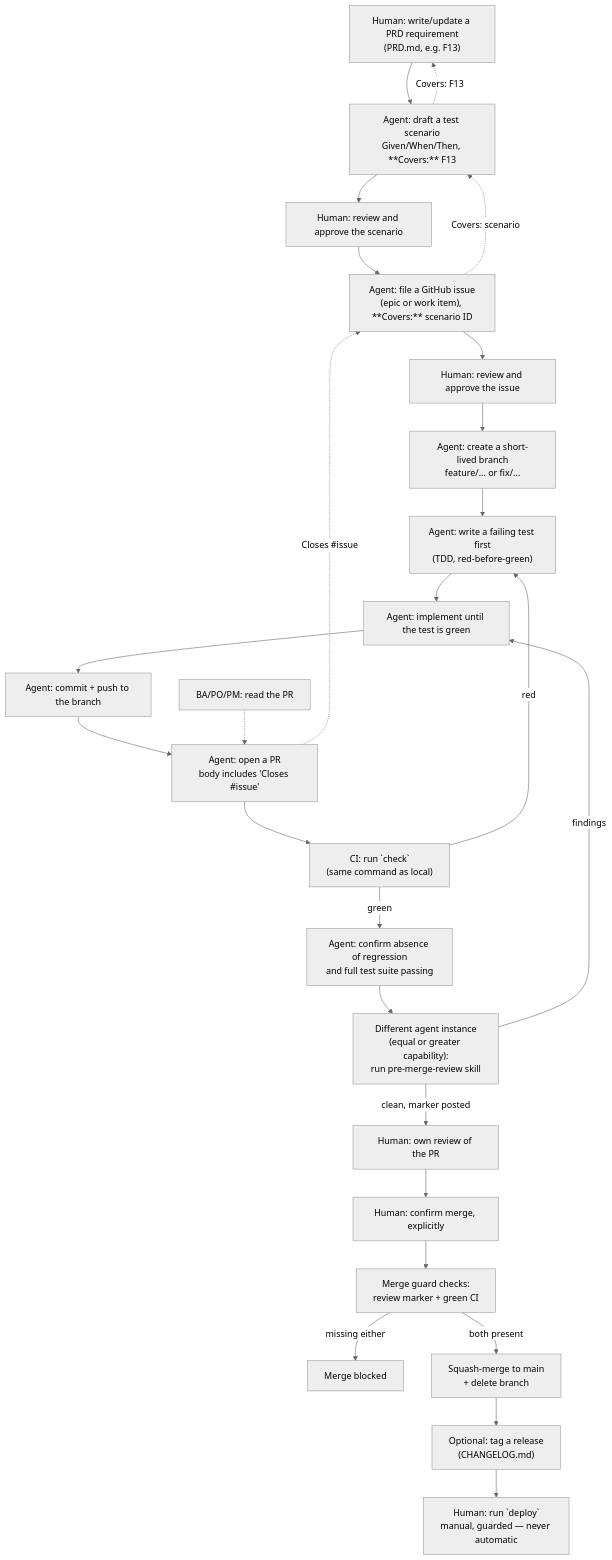
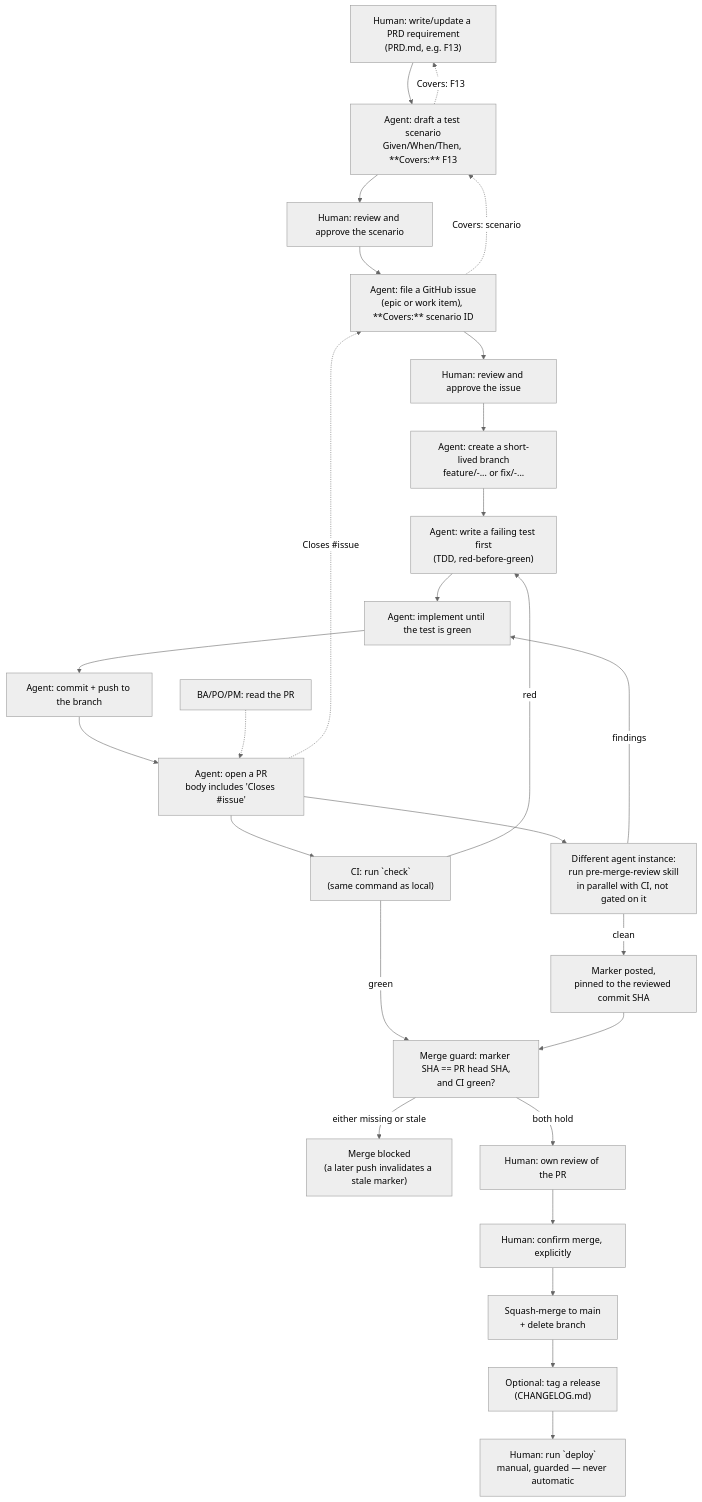
Before and after one commit to TiesL/spec-driven-guardrails: the diagram in README.md, drawn with Mermaid (neutral theme). The commit also changed other lines of this file, not shown here.

First line of the commit message:
Update README: flow diagram + recent quality-of-life improvements (#235)

````diff
--- a/README.md
+++ b/README.md
@@ -138,29 +136,30 @@
 ```mermaid
 flowchart TD
     A["Human: write/update a PRD requirement\n(PRD.md, e.g. F13)"] --> B["Agent: draft a test scenario\nGiven/When/Then, **Covers:** F13"]
     B --> B2["Human: review and approve the scenario"]
     B2 --> C["Agent: file a GitHub issue\n(epic or work item), **Covers:** scenario ID"]
     C --> C2["Human: review and approve the issue"]
-    C2 --> D["Agent: create a short-lived branch\nfeature/... or fix/..."]
+    C2 --> D["Agent: create a short-lived branch\nfeature/<issue#>-... or fix/<issue#>-..."]
     D --> E["Agent: write a failing test first\n(TDD, red-before-green)"]
     E --> F["Agent: implement until the test is green"]
     F --> G["Agent: commit + push to the branch"]
     G --> H["Agent: open a PR\nbody includes 'Closes #issue'"]
     H --> I["CI: run `check`\n(same command as local)"]
+    H --> J["Different agent instance:\nrun pre-merge-review skill\nin parallel with CI, not gated on it"]
     I -->|red| E
-    I -->|green| R["Agent: confirm absence of regression\nand full test suite passing"]
-    R --> J["Different agent instance\n(equal or greater capability):\nrun pre-merge-review skill"]
     J -->|findings| F
-    J -->|clean, marker posted| K["Human: own review of the PR"]
+    J -->|clean| J2["Marker posted,\npinned to the reviewed commit SHA"]
+    I -->|green| M
+    J2 --> M["Merge guard: marker SHA == PR head SHA,\nand CI green?"]
+    M -->|either missing or stale| N["Merge blocked\n(a later push invalidates a stale marker)"]
+    M -->|both hold| K["Human: own review of the PR"]
     K --> L["Human: confirm merge, explicitly"]
-    L --> M["Merge guard checks:\nreview marker + green CI"]
-    M -->|missing either| N["Merge blocked"]
-    M -->|both present| O["Squash-merge to main\n+ delete branch"]
+    L --> O["Squash-merge to main\n+ delete branch"]
     O --> P["Optional: tag a release\n(CHANGELOG.md)"]
     P --> Q["Human: run `deploy`\nmanual, guarded — never automatic"]
 
     H -.->|"Closes #issue"| C
     C -.->|"Covers: scenario"| B
     B -.->|"Covers: F13"| A
     S["BA/PO/PM: read the PR"] -.-> H
 ```
````
